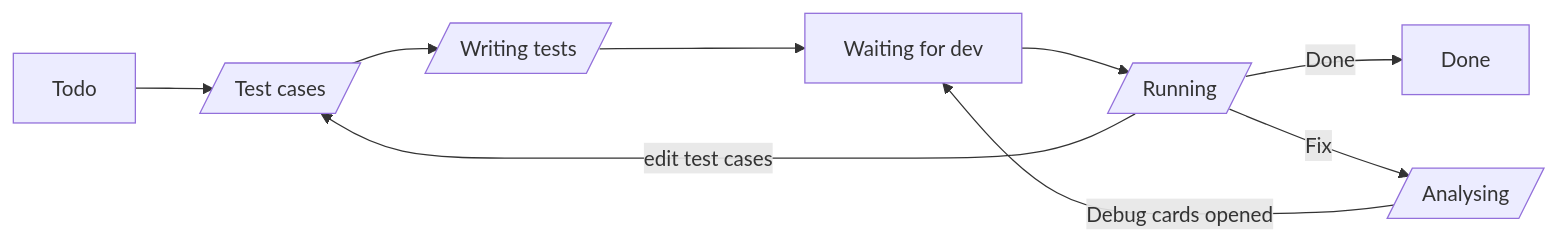
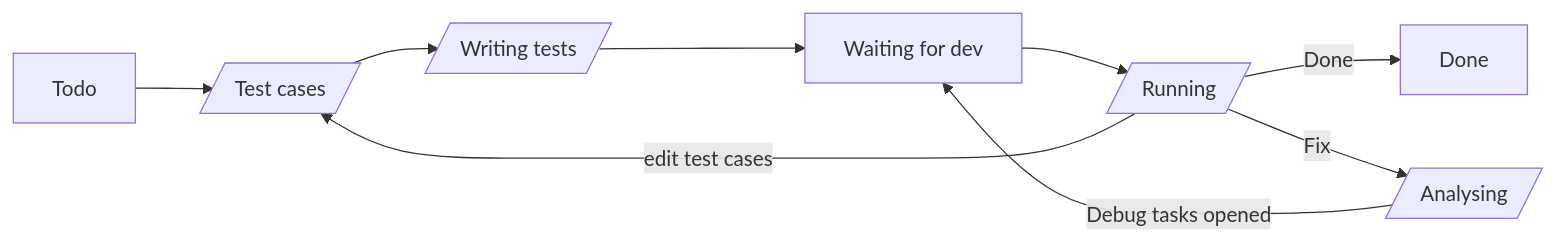
One commit to josh79622/tickie changed the third of 3 diagrams in docs/brief.md. Above: the diagram before and after it, drawn with Mermaid. The commit also changed other lines of this file and 1 other file, not shown here.

Commit message:
Rename cards to tasks, Debugging to Fixing; set failure limit to 3

````diff
--- a/docs/brief.md
+++ b/docs/brief.md
@@ -106,8 +106,8 @@
 ```mermaid
 flowchart LR
     todo[Todo] --> tc[/Test cases/] --> wt[/Writing tests/] --> wait[Waiting for dev] --> running[/Running/]
     running -- Done --> done[Done]
     running -- Fix --> analysing[/Analysing/]
-    analysing -- Debug cards opened --> wait
+    analysing -- Debug tasks opened --> wait
     running -- edit test cases --> tc
 ```
````
